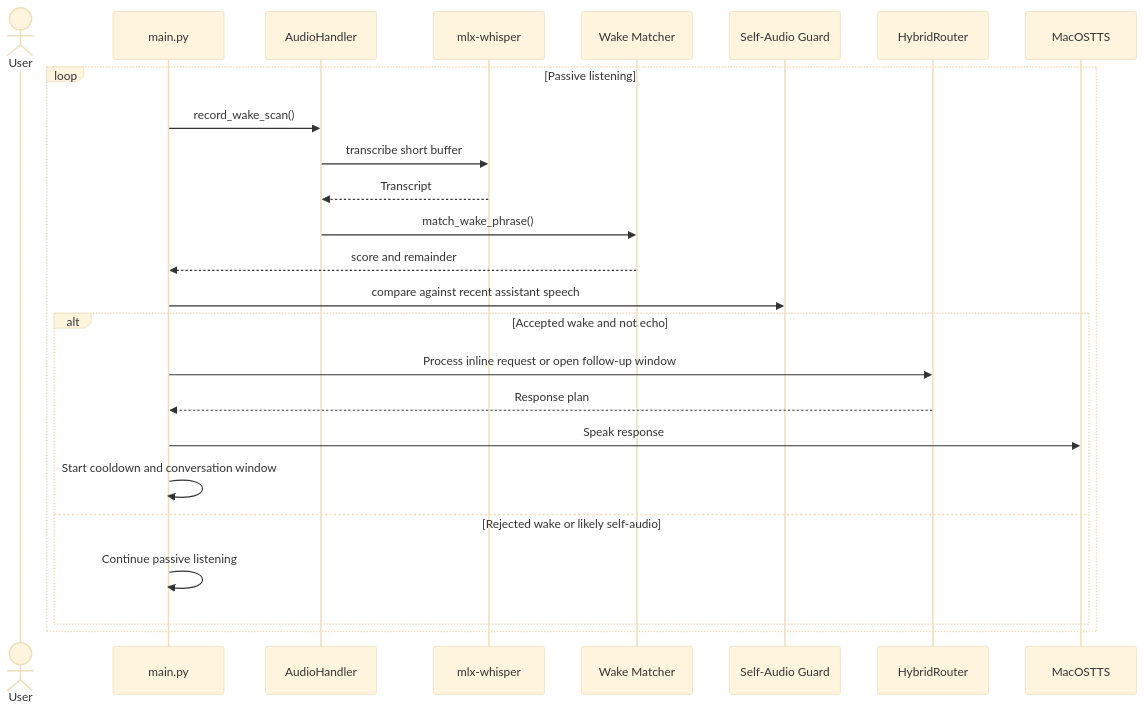
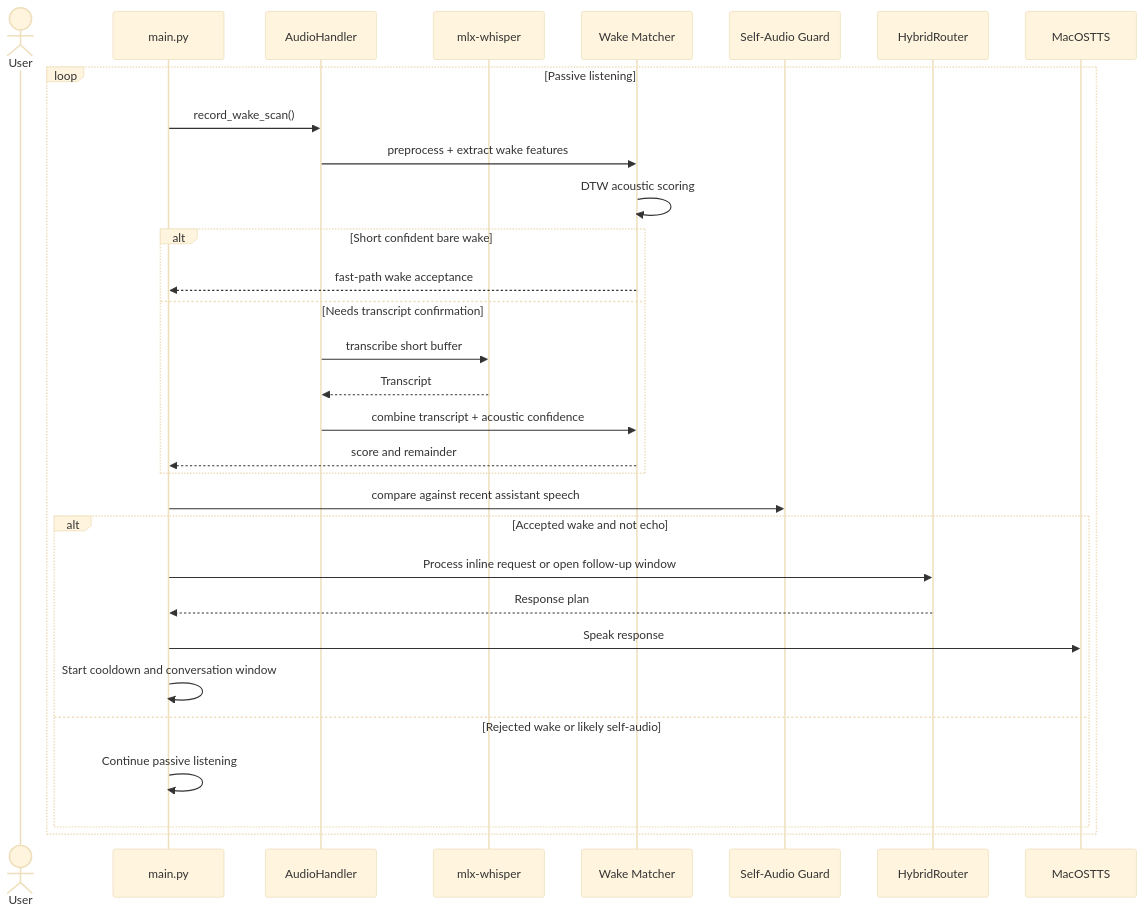
The third of 3 diagrams in README.md (MAlkabbani/lulu), drawn with Mermaid (base theme) before and after one commit. The commit also changed other lines of this file and 13 other files, not shown here.

First line of the commit message:
feat(wake): Add acoustic wake matching pipeline

````diff
--- a/README.md
+++ b/README.md
@@ -210,28 +213,34 @@
 ```mermaid
 sequenceDiagram
     actor User
     participant Main as main.py
     participant Audio as AudioHandler
     participant STT as mlx-whisper
     participant Wake as Wake Matcher
     participant Guard as Self-Audio Guard
     participant Router as HybridRouter
     participant TTS as MacOSTTS
 
     loop Passive listening
         Main->>Audio: record_wake_scan()
-        Audio->>STT: transcribe short buffer
-        STT-->>Audio: Transcript
-        Audio->>Wake: match_wake_phrase()
-        Wake-->>Main: score and remainder
+        Audio->>Wake: preprocess + extract wake features
+        Wake->>Wake: DTW acoustic scoring
+        alt Short confident bare wake
+            Wake-->>Main: fast-path wake acceptance
+        else Needs transcript confirmation
+            Audio->>STT: transcribe short buffer
+            STT-->>Audio: Transcript
+            Audio->>Wake: combine transcript + acoustic confidence
+            Wake-->>Main: score and remainder
+        end
         Main->>Guard: compare against recent assistant speech
         alt Accepted wake and not echo
             Main->>Router: Process inline request or open follow-up window
             Router-->>Main: Response plan
             Main->>TTS: Speak response
             Main->>Main: Start cooldown and conversation window
         else Rejected wake or likely self-audio
             Main->>Main: Continue passive listening
         end
     end
 ```
````
